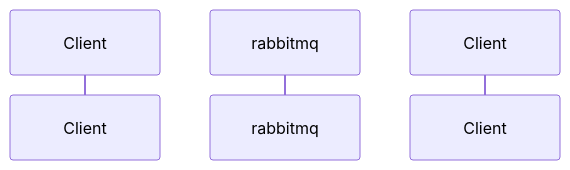
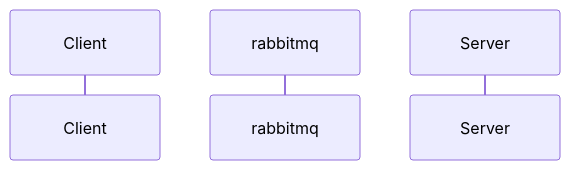
One commit to googlelxhgithub/iodraw-files changed the diagram in all/未命名-7.md. Above: the diagram before and after it, drawn with Mermaid.

Commit message:
2024-08-31 07:14:07 update

````diff
--- a/all/未命名-7.md
+++ b/all/未命名-7.md
@@ -1,6 +1,7 @@
 ```mermaid
 sequenceDiagram
     participant c as Client
     participant mq as rabbitmq
-    participant C as Client
+    participant s as Server
+    
 ```
````
